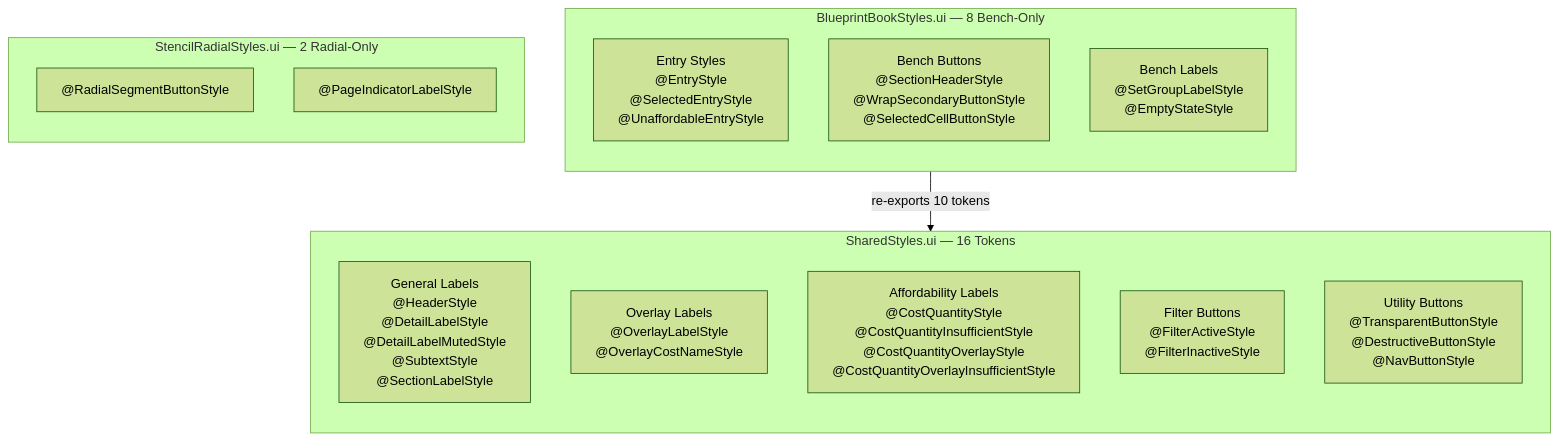
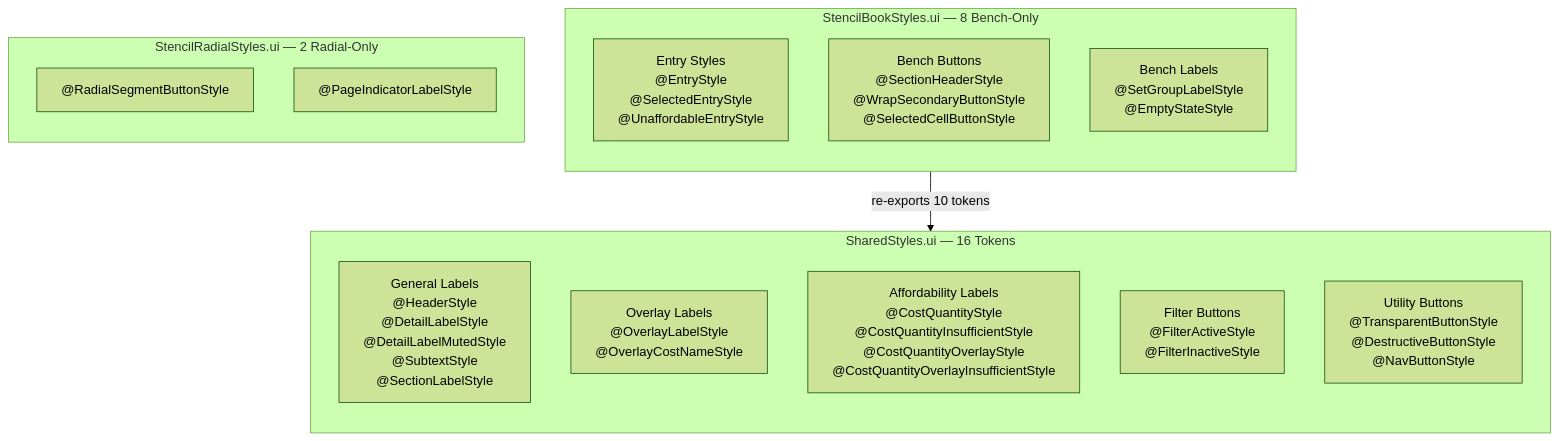
The second of 3 diagrams in docs/design-shared-style-architecture.md (TheCodeCreature/Hytale-Example-Plugin), drawn with Mermaid (forest theme) before and after one commit. The commit also changed other lines of this file and 289 other files, not shown here.

````diff
--- a/docs/design-shared-style-architecture.md
+++ b/docs/design-shared-style-architecture.md
@@ -55,26 +55,26 @@
 ```mermaid
 graph TB
     subgraph SharedStyles["SharedStyles.ui — 16 Tokens"]
         direction TB
         SL_GEN["General Labels\n@HeaderStyle\n@DetailLabelStyle\n@DetailLabelMutedStyle\n@SubtextStyle\n@SectionLabelStyle"]
         SL_OVL["Overlay Labels\n@OverlayLabelStyle\n@OverlayCostNameStyle"]
         SL_AFF["Affordability Labels\n@CostQuantityStyle\n@CostQuantityInsufficientStyle\n@CostQuantityOverlayStyle\n@CostQuantityOverlayInsufficientStyle"]
         SB_FLT["Filter Buttons\n@FilterActiveStyle\n@FilterInactiveStyle"]
         SB_UTL["Utility Buttons\n@TransparentButtonStyle\n@DestructiveButtonStyle\n@NavButtonStyle"]
     end
 
-    subgraph BBS["BlueprintBookStyles.ui — 8 Bench-Only"]
+    subgraph BBS["StencilBookStyles.ui — 8 Bench-Only"]
         direction TB
         BB_ENT["Entry Styles\n@EntryStyle\n@SelectedEntryStyle\n@UnaffordableEntryStyle"]
         BB_BTN["Bench Buttons\n@SectionHeaderStyle\n@WrapSecondaryButtonStyle\n@SelectedCellButtonStyle"]
         BB_LBL["Bench Labels\n@SetGroupLabelStyle\n@EmptyStateStyle"]
     end
 
     subgraph SRS["StencilRadialStyles.ui — 2 Radial-Only"]
         direction TB
         SR_SEG["@RadialSegmentButtonStyle"]
         SR_PG["@PageIndicatorLabelStyle"]
     end
 
     BBS -->|"re-exports 10 tokens"| SharedStyles
 ```
````
